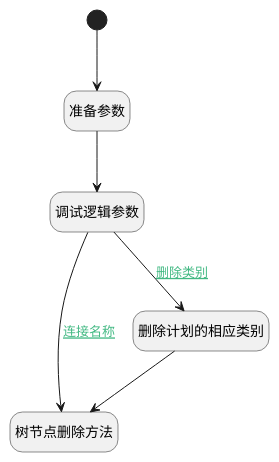
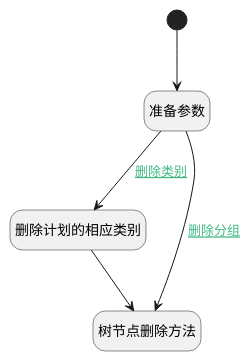
One commit to iBizLab/plm changed the diagram in doc/docsify/module/ProjMgmt/sprint/uilogic/remove_section_or_category.md. Above: the diagram before and after it, drawn with PlantUML. The commit also changed other lines of this file and 1068 other files, not shown here.

````diff
--- a/doc/docsify/module/ProjMgmt/sprint/uilogic/remove_section_or_category.md
+++ b/doc/docsify/module/ProjMgmt/sprint/uilogic/remove_section_or_category.md
@@ -7,26 +7,24 @@
 ```plantuml
 @startuml
 hide footbox
 <style>
 root {
   HyperlinkColor #42b983
 }
 </style>
 
 hide empty description
 state "开始" as Begin <<start>> [[$./remove_section_or_category#begin {开始}]]
+state "准备参数" as PREPAREJSPARAM1  [[$./remove_section_or_category#preparejsparam1 {准备参数}]]
+state "删除计划的相应类别" as DEACTION1  [[$./remove_section_or_category#deaction1 {删除计划的相应类别}]]
 state "树节点删除方法" as VIEWCTRLINVOKE1  [[$./remove_section_or_category#viewctrlinvoke1 {树节点删除方法}]]
-state "准备参数" as PREPAREJSPARAM1  [[$./remove_section_or_category#preparejsparam1 {准备参数}]]
-state "调试逻辑参数" as DEBUGPARAM1  [[$./remove_section_or_category#debugparam1 {调试逻辑参数}]]
-state "删除计划的相应类别" as DEACTION1  [[$./remove_section_or_category#deaction1 {删除计划的相应类别}]]
 
 
 Begin --> PREPAREJSPARAM1
-PREPAREJSPARAM1 --> DEBUGPARAM1
-DEBUGPARAM1 --> DEACTION1 : [[$./remove_section_or_category#debugparam1-deaction1{删除类别} 删除类别]]
+PREPAREJSPARAM1 --> DEACTION1 : [[$./remove_section_or_category#preparejsparam1-deaction1{删除类别} 删除类别]]
 DEACTION1 --> VIEWCTRLINVOKE1
-DEBUGPARAM1 --> VIEWCTRLINVOKE1 : [[$./remove_section_or_category#debugparam1-viewctrlinvoke1{连接名称} 连接名称]]
+PREPAREJSPARAM1 --> VIEWCTRLINVOKE1 : [[$./remove_section_or_category#preparejsparam1-viewctrlinvoke1{删除分组} 删除分组]]
 
 
 @enduml
 ```
````
